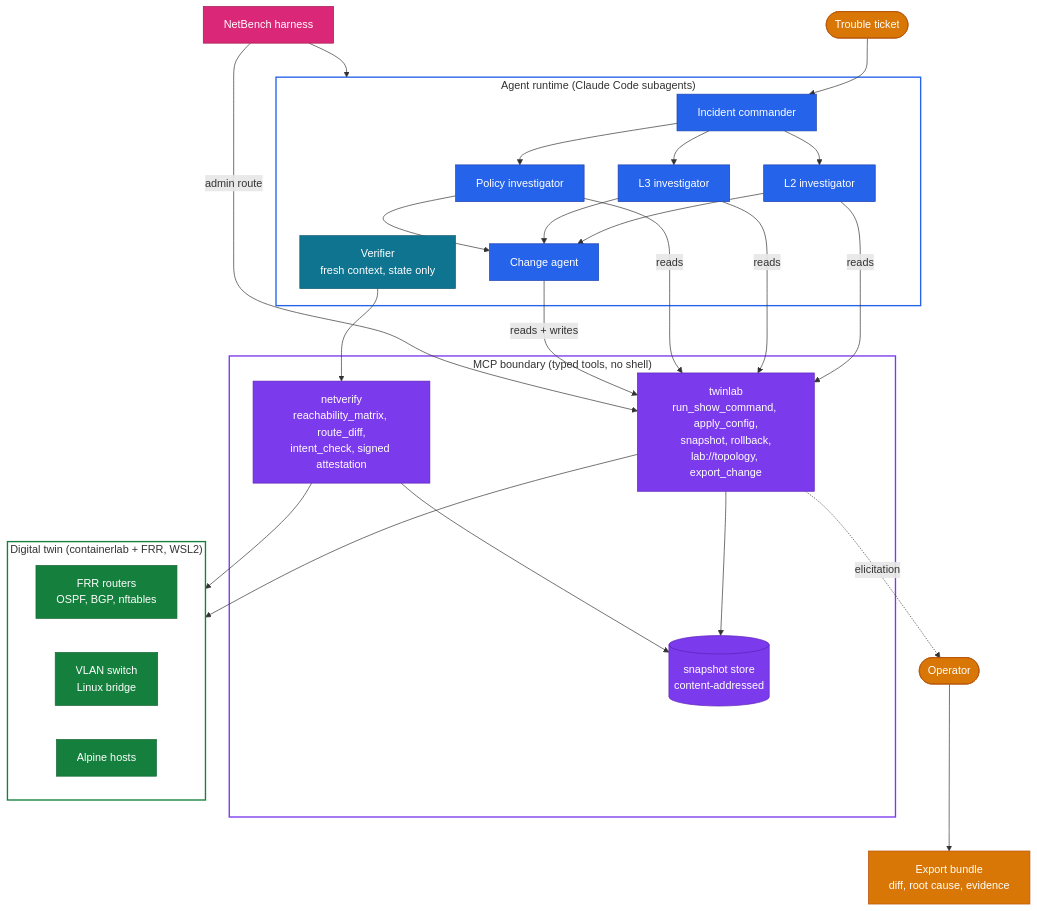
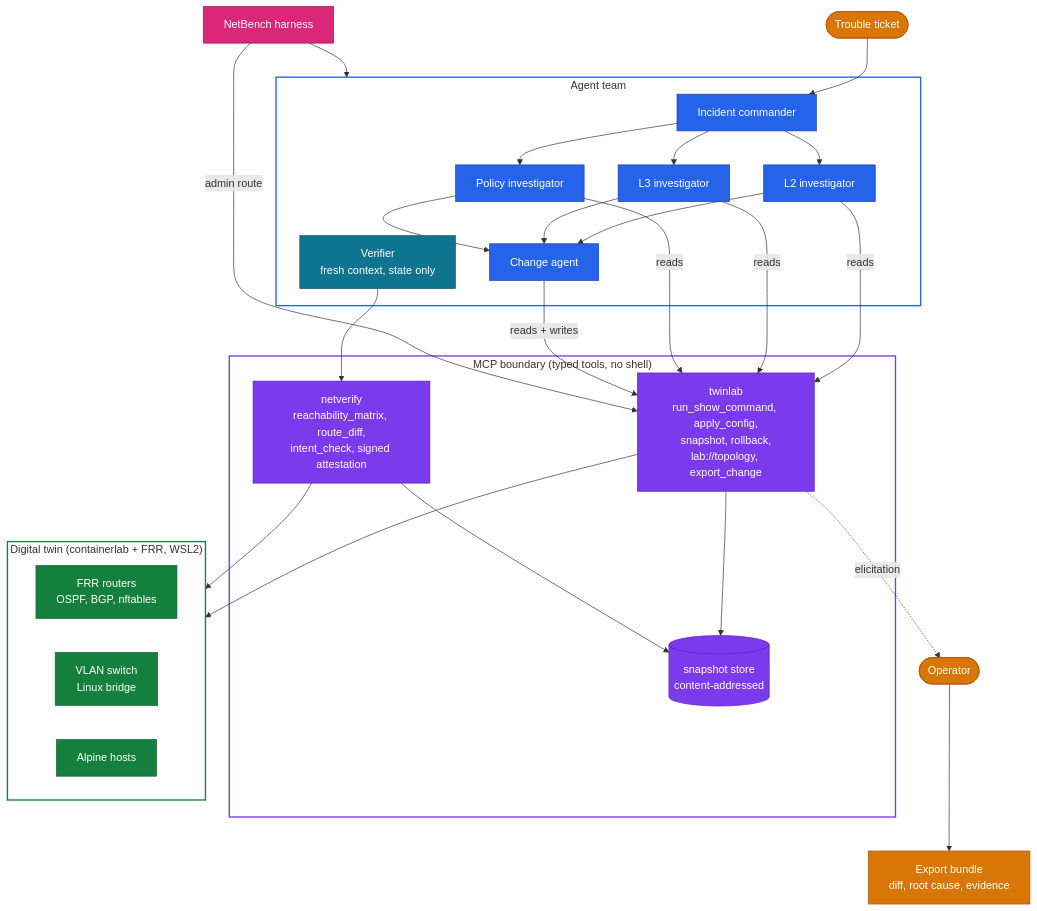
One commit to sramireddy2/NetTwin changed the diagram in README.md. Above: the diagram before and after it, drawn with Mermaid. The commit also changed other lines of this file, not shown here.

Commit message:
docs(readme): describe the team as agents; name Claude Code only as the runtime

````diff
--- a/README.md
+++ b/README.md
@@ -40,51 +40,51 @@
 ```mermaid
 flowchart TB
   SYM([Trouble ticket]) --> IC
-  subgraph HOST["Agent runtime (Claude Code subagents)"]
+  subgraph HOST["Agent team"]
     IC[Incident commander]
     L2[L2 investigator]
     L3[L3 investigator]
     POL[Policy investigator]
     CA[Change agent]
     VER[Verifier<br/>fresh context, state only]
     IC --> L2 & L3 & POL
     L2 & L3 & POL --> CA
   end
   subgraph MCP["MCP boundary (typed tools, no shell)"]
     NL[twinlab<br/>run_show_command, apply_config,<br/>snapshot, rollback,<br/>lab://topology, export_change]
     NV[netverify<br/>reachability_matrix, route_diff,<br/>intent_check, signed attestation]
     SS[(snapshot store<br/>content-addressed)]
   end
   subgraph TWIN["Digital twin (containerlab + FRR, WSL2)"]
     FRR[FRR routers<br/>OSPF, BGP, nftables]
     SW[VLAN switch<br/>Linux bridge]
     H[Alpine hosts]
   end
   L2 & L3 & POL -->|reads| NL
   CA -->|reads + writes| NL
   VER --> NV
   NL --> SS
   NV --> SS
   NL --> TWIN
   NV --> TWIN
   NL -.->|elicitation| OP([Operator])
   OP --> EXP[Export bundle<br/>diff, root cause, evidence]
   NB[NetBench harness] -->|admin route| NL
   NB --> HOST
 
   classDef agent fill:#2563eb,stroke:#1e40af,color:#ffffff
   classDef verify fill:#0e7490,stroke:#155e75,color:#ffffff
   classDef tool fill:#7c3aed,stroke:#5b21b6,color:#ffffff
   classDef twin fill:#15803d,stroke:#166534,color:#ffffff
   classDef human fill:#d97706,stroke:#b45309,color:#ffffff
   classDef bench fill:#db2777,stroke:#9d174d,color:#ffffff
   class IC,L2,L3,POL,CA agent
   class VER verify
   class NL,NV,SS tool
   class FRR,SW,H twin
   class SYM,OP,EXP human
   class NB bench
   style HOST fill:none,stroke:#2563eb,stroke-width:2px
   style MCP fill:none,stroke:#7c3aed,stroke-width:2px
   style TWIN fill:none,stroke:#15803d,stroke-width:2px
 ```
````
